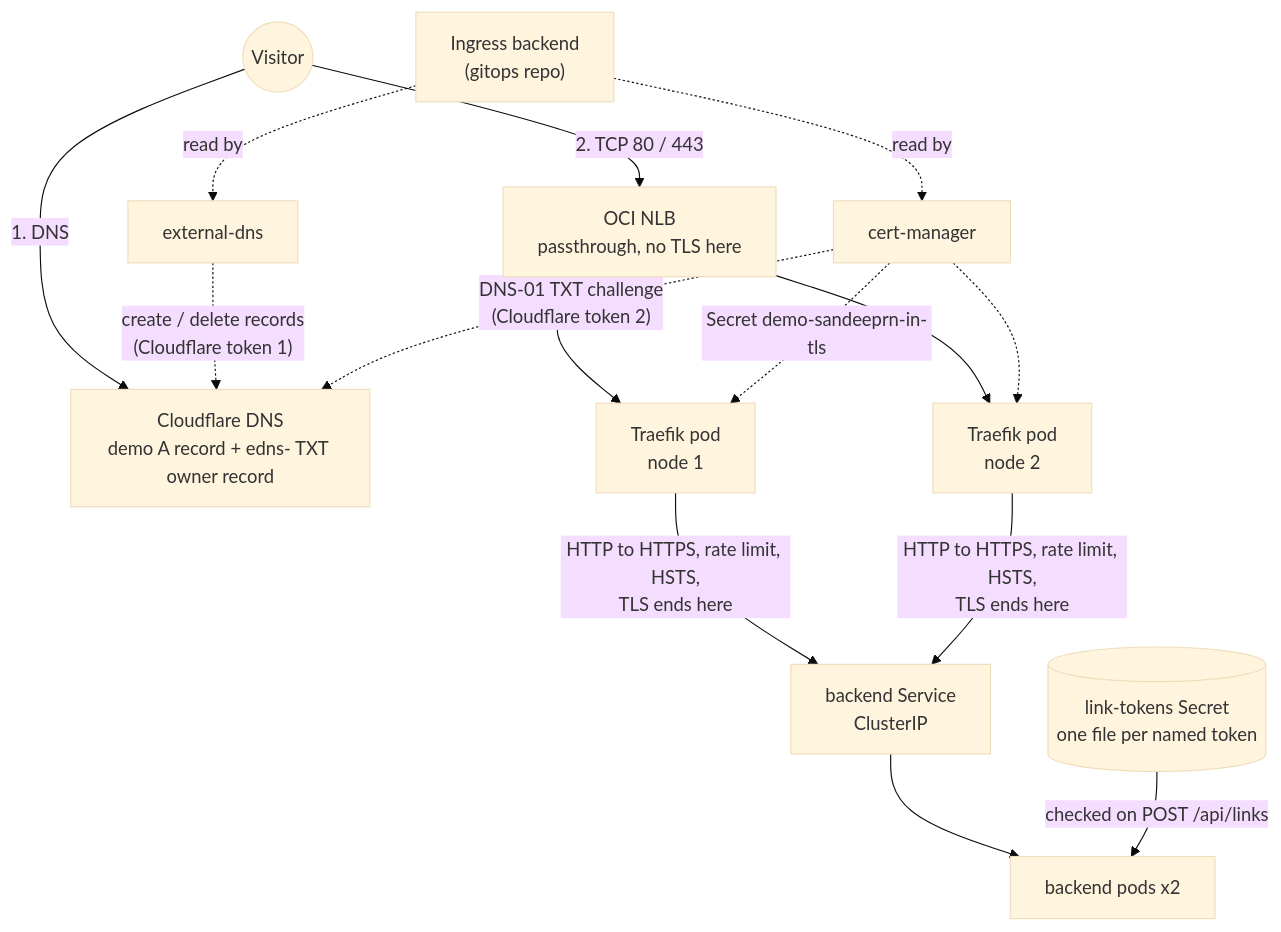
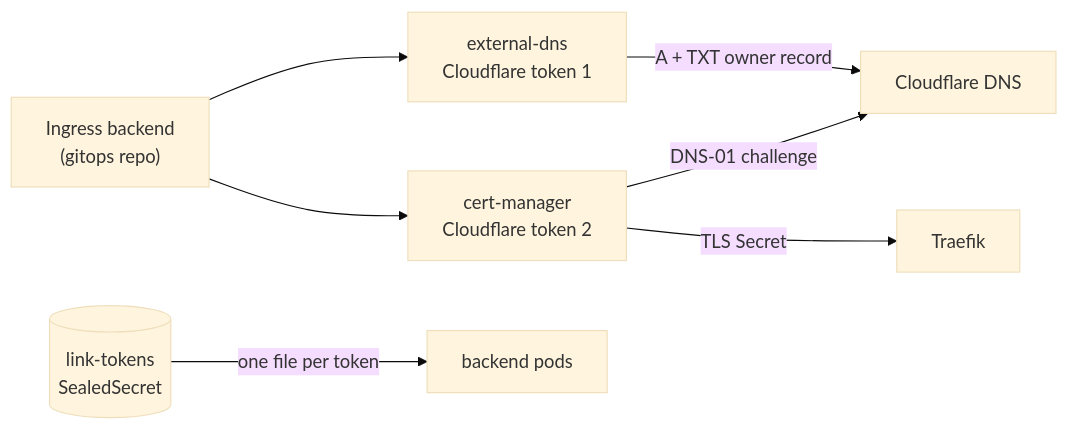
Before and after one commit to Sandeep-RN/oci-k8s-gitops-demo: the fifth of 8 diagrams in docs/architecture.md, drawn with Mermaid (base theme). The commit also changed other lines of this file and 1 other file, not shown here.

Commit message:
Live link opens /docs; split the edge diagram in two (demo #102) (#104)
Closes Sandeep-RN/oci-k8s-gitops-demo#102

````diff
--- a/docs/architecture.md
+++ b/docs/architecture.md
@@ -202,17 +218,9 @@
 ```mermaid
-flowchart TB
-    visitor(("Visitor")) -->|"1. DNS"| cf["Cloudflare DNS<br/>demo A record + edns- TXT owner record"]
-    visitor -->|"2. TCP 80 / 443"| nlb["OCI NLB<br/>passthrough, no TLS here"]
-    nlb --> t1["Traefik pod<br/>node 1"]
-    nlb --> t2["Traefik pod<br/>node 2"]
-    t1 & t2 -->|"HTTP to HTTPS, rate limit, HSTS,<br/>TLS ends here"| svc["backend Service<br/>ClusterIP"]
-    svc --> pods["backend pods x2"]
-    sec[("link-tokens Secret<br/>one file per named token")] -->|"checked on POST /api/links"| pods
-
-    ing["Ingress backend<br/>(gitops repo)"] -.->|"read by"| edns["external-dns"]
-    ing -.->|"read by"| cm["cert-manager"]
-    edns -.->|"create / delete records<br/>(Cloudflare token 1)"| cf
-    cm -.->|"DNS-01 TXT challenge<br/>(Cloudflare token 2)"| cf
-    cm -.->|"Secret demo-sandeeprn-in-tls"| t1
-    cm -.-> t2
+flowchart LR
+    ing["Ingress backend<br/>(gitops repo)"] --> edns["external-dns<br/>Cloudflare token 1"]
+    ing --> cm["cert-manager<br/>Cloudflare token 2"]
+    edns -->|"A + TXT owner record"| cf["Cloudflare DNS"]
+    cm -->|"DNS-01 challenge"| cf
+    cm -->|"TLS Secret"| traefik["Traefik"]
+    tokens[("link-tokens<br/>SealedSecret")] -->|"one file per token"| pods["backend pods"]
 ```
````
